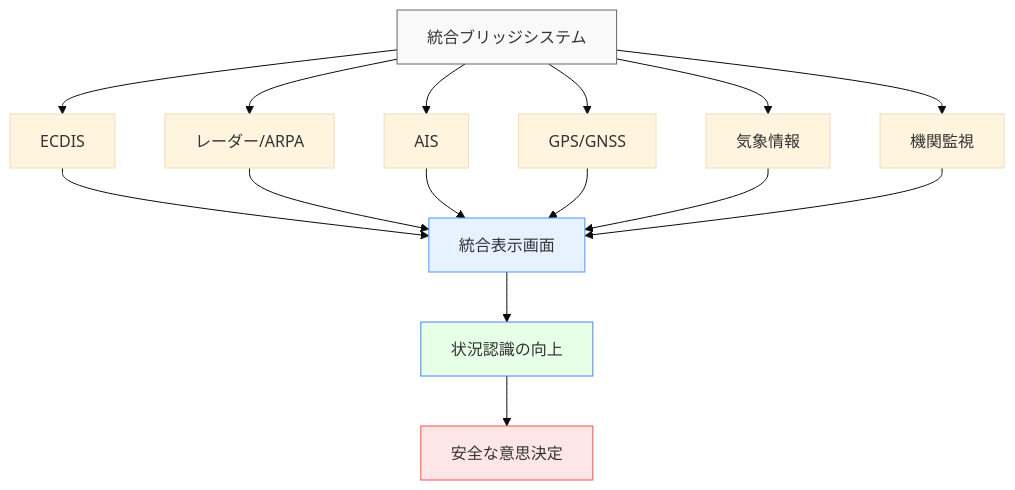
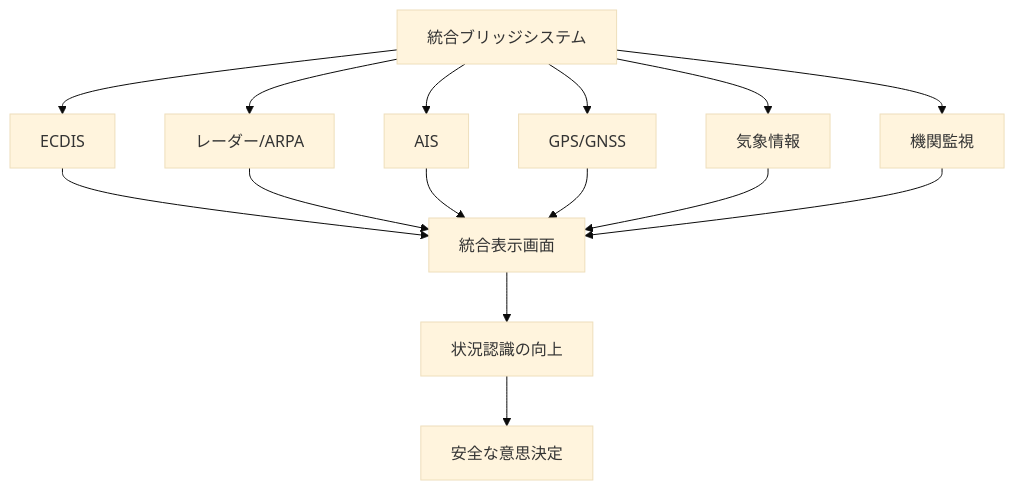
One commit to shuji-bonji/Situational-Awareness-and-Decision-Making changed the third of 6 diagrams in docs/applications/maritime-sa.md. Above: the diagram before and after it, drawn with Mermaid (base theme). The commit also changed other lines of this file and 49 other files, not shown here.

Commit message:
fix: ダークモードで見づらい図の色の変更

````diff
--- a/docs/applications/maritime-sa.md
+++ b/docs/applications/maritime-sa.md
@@ -194,24 +194,24 @@
 ```mermaid
 graph TD
     A[統合ブリッジシステム] --> B[ECDIS]
     A --> C[レーダー/ARPA]
     A --> D[AIS]
     A --> E[GPS/GNSS]
     A --> F[気象情報]
     A --> G[機関監視]
     
     B --> H[統合表示画面]
     C --> H
     D --> H
     E --> H
     F --> H
     G --> H
     
     H --> I[状況認識の向上]
     I --> J[安全な意思決定]
     
-    style A fill:#f9f9f9,stroke:#666
-    style H fill:#e6f2ff,stroke:#4d94ff
-    style I fill:#e6ffe6,stroke:#4d7fff
-    style J fill:#ffe6e6,stroke:#ff4d4d
+
+
+
+
 ```
````
